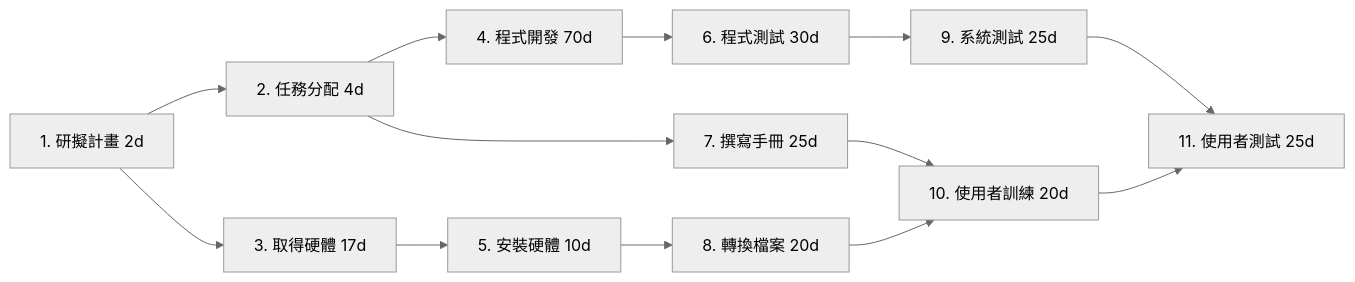
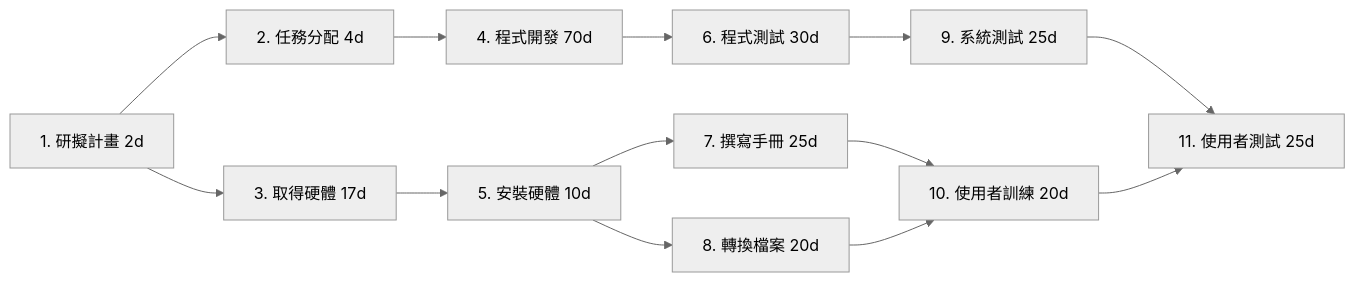
Before and after one commit to AlvinLai6/114-b: the first of 3 diagrams in hw2.md, drawn with Mermaid (neutral theme). The commit also changed other lines of this file, not shown here.

````diff
--- a/hw2.md
+++ b/hw2.md
@@ -2,15 +2,15 @@
 ```mermaid
 graph LR
   1[1. 研擬計畫 2d] --> 2[2. 任務分配 4d]
   1 --> 3[3. 取得硬體 17d]
   2 --> 4[4. 程式開發 70d]
   3 --> 5[5. 安裝硬體 10d]
   4 --> 6[6. 程式測試 30d]
-  2 --> 7[7. 撰寫手冊 25d]
+  5 --> 7[7. 撰寫手冊 25d]
   5 --> 8[8. 轉換檔案 20d]
   6 --> 9[9. 系統測試 25d]
   7 --> 10[10. 使用者訓練 20d]
   8 --> 10
   9 --> 11[11. 使用者測試 25d]
   10 --> 11
 ```
````
